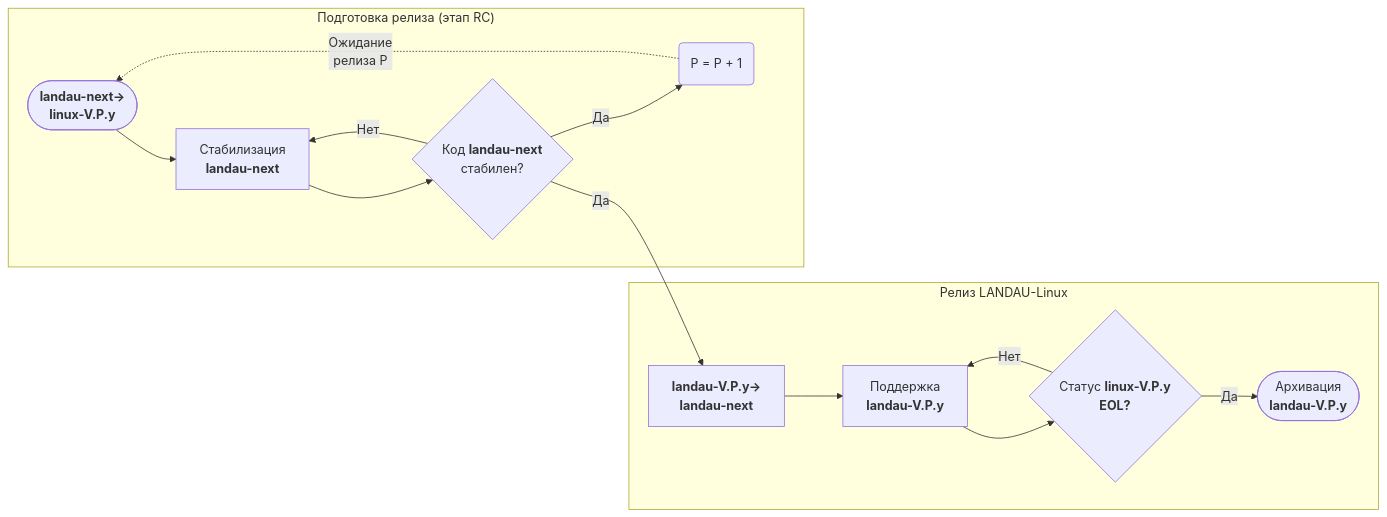
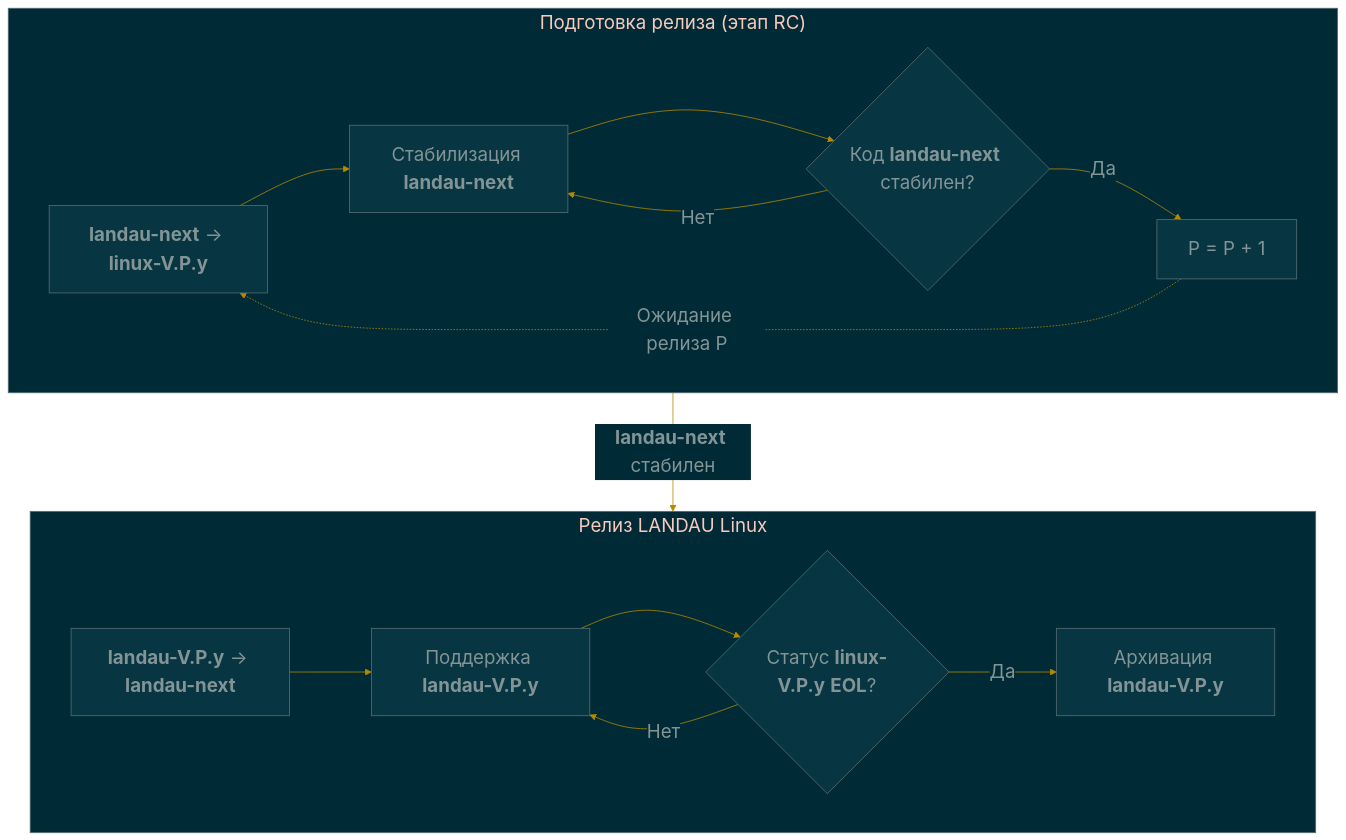
Before and after one commit to rulkc/landau: the first of 3 diagrams in content/landau-linux/maintenance/_index.md, drawn with Mermaid. The commit also changed other lines of this file and 2 other files, not shown here.

First line of the commit message:
landau-linux: finalize documentation after review call

````diff
--- a/content/landau-linux/maintenance/_index.md
+++ b/content/landau-linux/maintenance/_index.md
@@ -90,17 +92,54 @@
 ```mermaid
-flowchart LR
-    subgraph one["Релиз LANDAU-Linux"]
-        E[<b>landau-V.P.y→<br>landau-next</b>]-->F
-        F[Поддержка<br><b>landau-V.P.y</b>]-->G{Статус <b>linux-V.P.y<b><br><b>EOL</b>?}
-        G-->|Нет|F
-        G-->|Да|H([Архивация<br><b>landau-V.P.y</b>])
+%%{init: {
+  'theme': 'base',
+  'themeVariables': {
+    'background': '#002b36',
+    'primaryColor': '#073642',
+    'primaryTextColor': '#839496',
+    'primaryBorderColor': '#586e75',
+    'lineColor': '#b58900',
+    'secondaryColor': '#002b36',
+    'tertiaryColor': '#073642',
+    'edgeLabelBackground': '#002b36',
+    'nodeBorder': '#586e75',
+    'nodeTextColor': '#93a1a1',
+    'clusterBkg': '#002b36',
+    'clusterBorder': '#586e75',
+    'fontSize': '24px',
+    'fontFamily': 'monospace'
+  },
+  'flowchart': {
+    'nodeSpacing': 80,
+    'rankSpacing': 80,
+    'curve': 'basis',
+    'padding': 20
+  }
+}}%%
+flowchart TB
+    subgraph two["Подготовка релиза (этап RC)"]
+        direction LR
+        A["<b>landau-next</b> → <b>linux-V.P.y</b>"]
+        B["Стабилизация <b>landau-next</b>"]
+        C{"Код <b>landau-next</b> стабилен?"}
+        D["P = P + 1"]
+        A --> B
+        B --> C
+        C -->|Нет| B
+        C -->|Да| D
+        D -.->|Ожидание релиза P| A
     end
-    subgraph two["Подготовка релиза (этап RC)"]
-        A([<b>landau-next→<br>linux-V.P.y</b>])-->B
-        B[Стабилизация<br><b>landau-next</b>]-->C{Код <b>landau-next</b><br>стабилен?}
-        C-->|Нет|B
-        C-->|Да|D(P = P + 1</b>)
-        C-->|Да|E
-        D-.->|Ожидание<br>релиза P|A
+
+    subgraph one["Релиз LANDAU Linux"]
+        direction LR
+        E["<b>landau-V.P.y</b> → <b>landau-next</b>"]
+        F["Поддержка <b>landau-V.P.y</b>"]
+        G{"Статус <b>linux-V.P.y</b> <b>EOL</b>?"}
+        H["Архивация <b>landau-V.P.y</b>"]
+        E --> F
+        F --> G
+        G -->|Нет| F
+        G -->|Да| H
     end
+
+    C -->|"<b>landau-next</b> стабилен"| one
 ```
````
